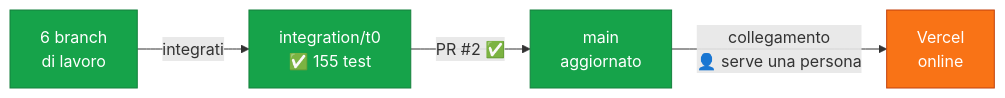
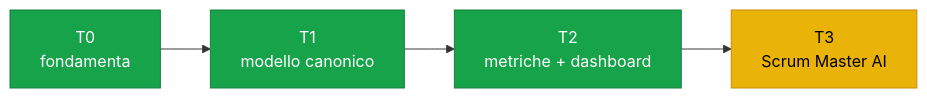
One commit to dibari62/scrum-master-ai changed the third of 3 diagrams in docs/stato-progetto.md. Above: the diagram before and after it, drawn with Mermaid. The commit also changed other lines of this file and 3 other files, not shown here.

````diff
--- a/docs/stato-progetto.md
+++ b/docs/stato-progetto.md
@@ -111,13 +117,12 @@
 ```mermaid
 graph LR
-    A["6 branch<br/>di lavoro"] -->|"integrati"| B["integration/t0<br/>✅ 155 test"]
-    B -->|"PR #2 ✅"| C["main<br/>aggiornato"]
-    C -->|"collegamento<br/>👤 serve una persona"| D["Vercel<br/>online"]
+    A["T0<br/>fondamenta"] --> B["T1<br/>modello canonico"]
+    B --> C["T2<br/>metriche + dashboard"]
+    C --> D["T3<br/>Scrum Master AI"]
 
     classDef fatto fill:#16a34a,stroke:#15803d,color:#fff
-    classDef bloccato fill:#f97316,stroke:#c2410c,color:#fff
-    classDef todo fill:#e5e7eb,stroke:#9ca3af,color:#6b7280
+    classDef prossimo fill:#eab308,stroke:#ca8a04,color:#000
 
     class A,B,C fatto
-    class D bloccato
+    class D prossimo
 ```
````
